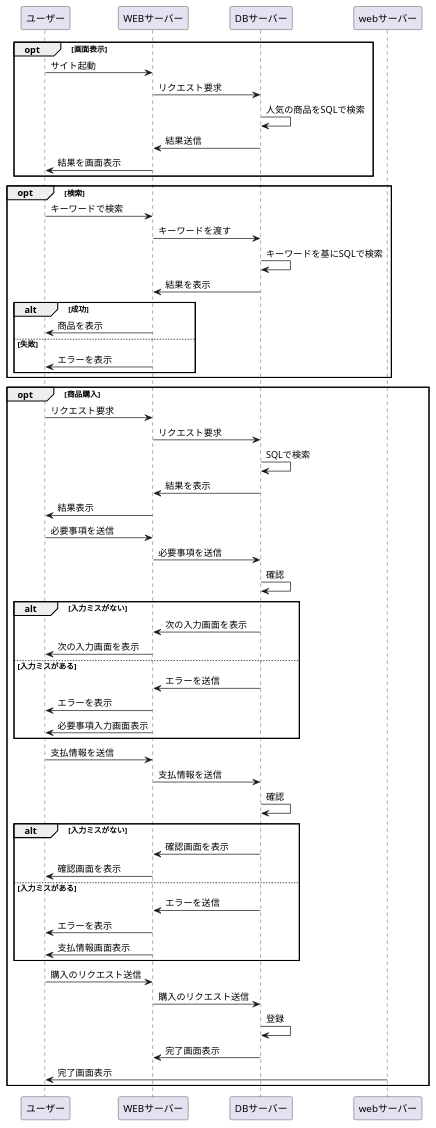
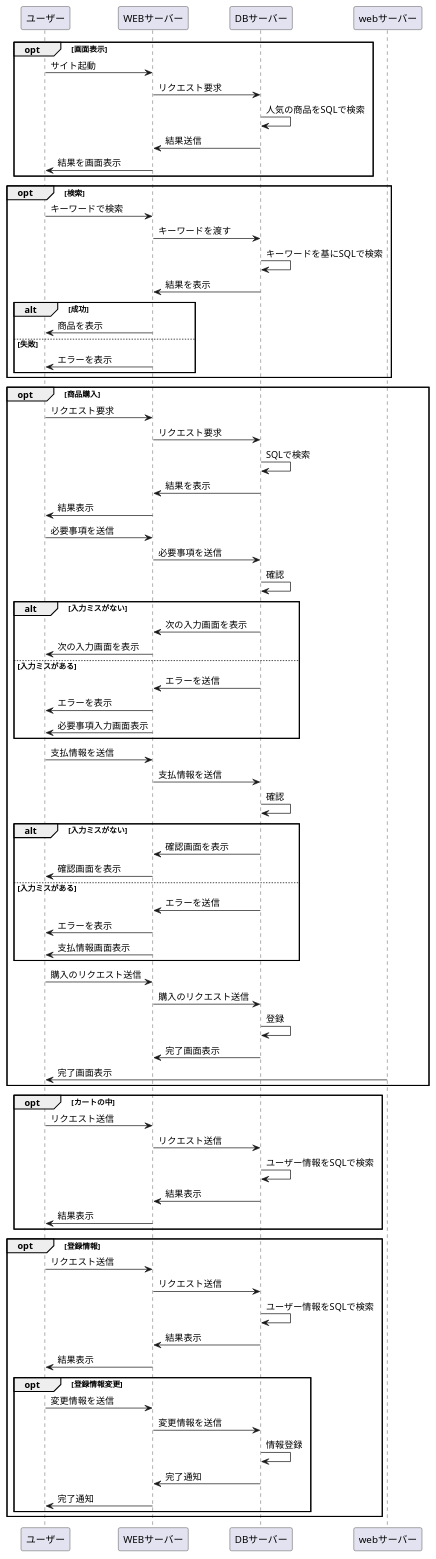
The diagram in samplefront1.md (Aso2101121/2021sys-design-2), drawn with PlantUML before and after one commit.

````diff
--- a/samplefront1.md
+++ b/samplefront1.md
@@ -1,58 +1,81 @@
 ```uml
 @startuml
 opt 画面表示
  ユーザー -> WEBサーバー:サイト起動
  WEBサーバー -> DBサーバー:リクエスト要求
  DBサーバー -> DBサーバー:人気の商品をSQLで検索
  DBサーバー -> WEBサーバー:結果送信
  WEBサーバー -> ユーザー:結果を画面表示
 end
 
 opt 検索
  ユーザー -> WEBサーバー:キーワードで検索
  WEBサーバー -> DBサーバー:キーワードを渡す
  DBサーバー -> DBサーバー:キーワードを基にSQLで検索
  DBサーバー -> WEBサーバー:結果を表示
  alt 成功
   WEBサーバー -> ユーザー:商品を表示
  else 失敗
   WEBサーバー -> ユーザー:エラーを表示
  end
 end
 
 opt 商品購入
  ユーザー -> WEBサーバー:リクエスト要求
  WEBサーバー -> DBサーバー:リクエスト要求
  DBサーバー -> DBサーバー:SQLで検索
  DBサーバー -> WEBサーバー:結果を表示
  WEBサーバー -> ユーザー:結果表示
  ユーザー -> WEBサーバー:必要事項を送信
  WEBサーバー -> DBサーバー:必要事項を送信
  DBサーバー -> DBサーバー:確認
  alt 入力ミスがない
   DBサーバー -> WEBサーバー:次の入力画面を表示
   WEBサーバー -> ユーザー:次の入力画面を表示
  else 入力ミスがある
   DBサーバー -> WEBサーバー:エラーを送信
   WEBサーバー -> ユーザー:エラーを表示
   WEBサーバー -> ユーザー:必要事項入力画面表示
  end
  ユーザー -> WEBサーバー:支払情報を送信
  WEBサーバー -> DBサーバー:支払情報を送信
  DBサーバー -> DBサーバー:確認
  alt 入力ミスがない
   DBサーバー -> WEBサーバー:確認画面を表示
   WEBサーバー -> ユーザー:確認画面を表示
  else 入力ミスがある
   DBサーバー -> WEBサーバー:エラーを送信
   WEBサーバー -> ユーザー:エラーを表示
   WEBサーバー -> ユーザー:支払情報画面表示
  end
  ユーザー -> WEBサーバー:購入のリクエスト送信
  WEBサーバー -> DBサーバー:購入のリクエスト送信
  DBサーバー -> DBサーバー:登録
  DBサーバー -> WEBサーバー:完了画面表示
  webサーバー -> ユーザー:完了画面表示
 end
+
+opt カートの中
+ ユーザー -> WEBサーバー:リクエスト送信
+ WEBサーバー -> DBサーバー:リクエスト送信
+ DBサーバー -> DBサーバー:ユーザー情報をSQLで検索
+ DBサーバー -> WEBサーバー:結果表示
+ WEBサーバー -> ユーザー:結果表示
+end
+
+opt 登録情報
+ ユーザー -> WEBサーバー:リクエスト送信
+ WEBサーバー -> DBサーバー:リクエスト送信
+ DBサーバー -> DBサーバー:ユーザー情報をSQLで検索
+ DBサーバー -> WEBサーバー:結果表示
+ WEBサーバー -> ユーザー:結果表示
+ opt 登録情報変更
+  ユーザー -> WEBサーバー:変更情報を送信
+  WEBサーバー -> DBサーバー:変更情報を送信
+  DBサーバー -> DBサーバー:情報登録
+  DBサーバー -> WEBサーバー:完了通知
+  WEBサーバー -> ユーザー:完了通知
+ end
+end
 @enduml
 ```
````
